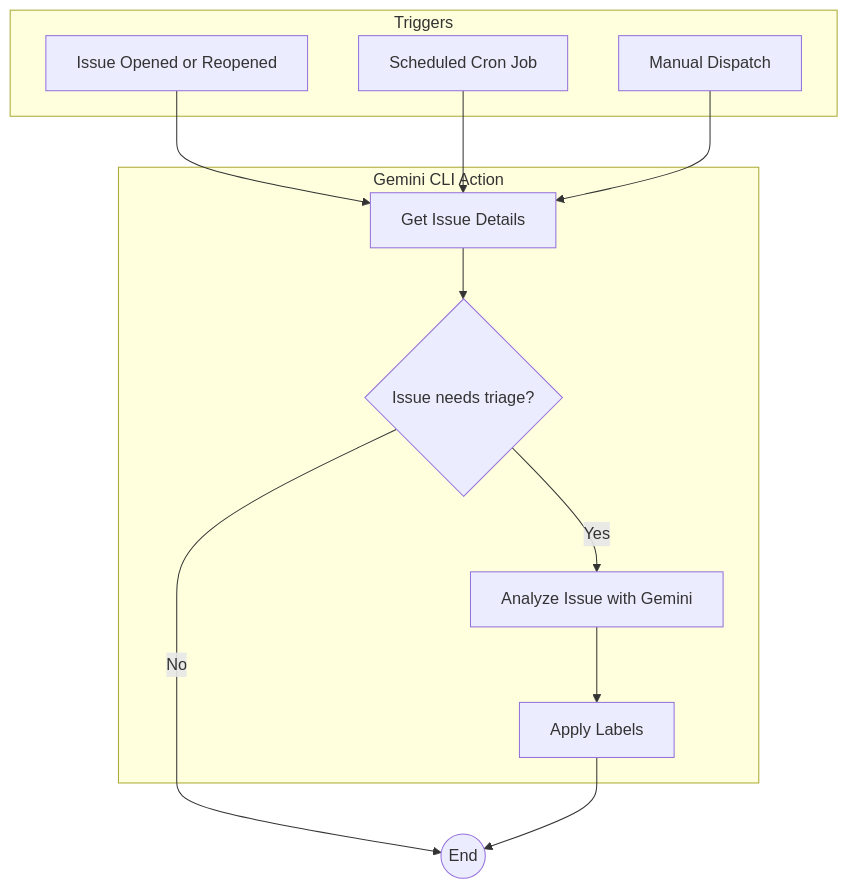
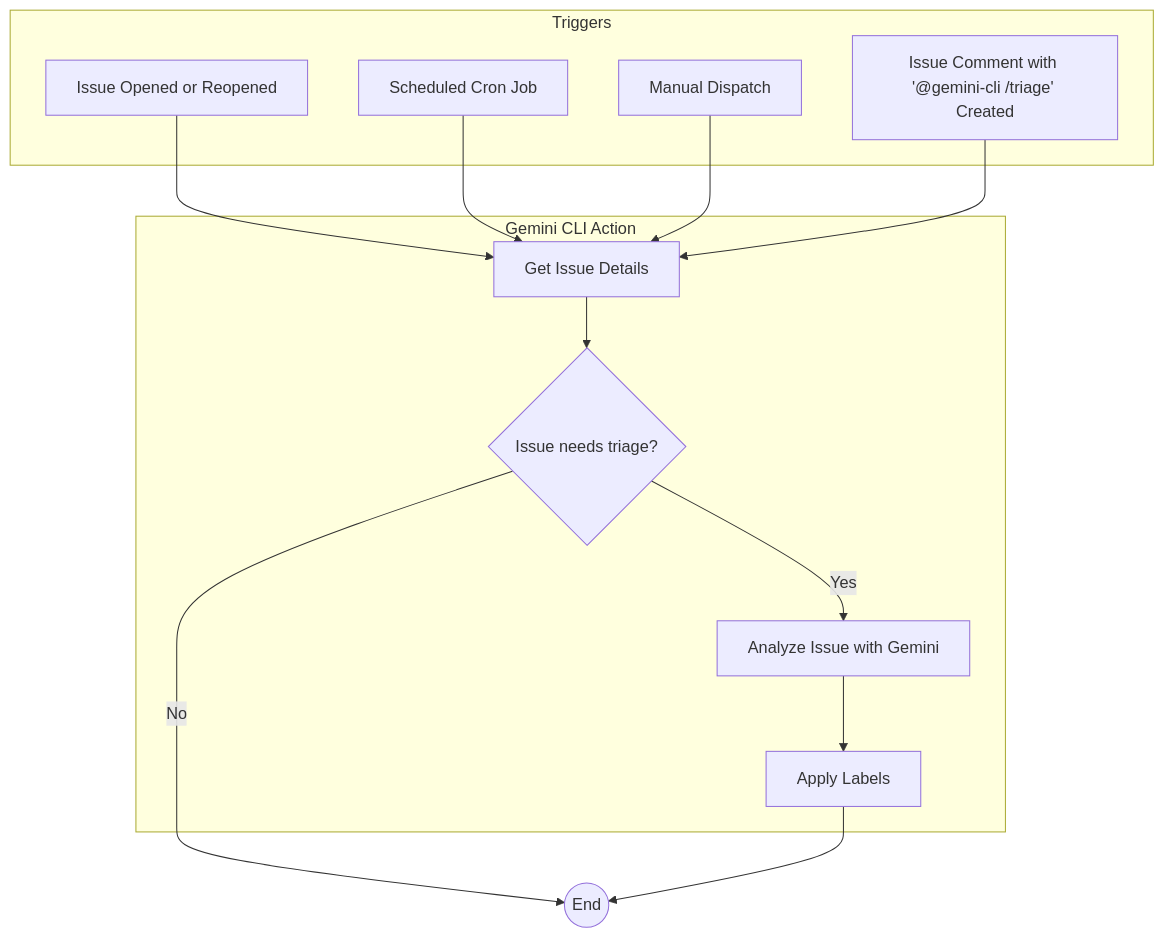
One commit to google-gemini/gemini-cli-action changed the diagram in docs/issue-triage.md. Above: the diagram before and after it, drawn with Mermaid. The commit also changed other lines of this file and 2 other files, not shown here.

Commit message:
support issue_comment, label and workflow_dispatch triggers for issue triage
This commit adds supports for all needed triggers for issue triage workflows.

````diff
--- a/docs/issue-triage.md
+++ b/docs/issue-triage.md
@@ -7,24 +7,26 @@
 ```mermaid
 graph TD
     subgraph "Triggers"
         A[Issue Opened or Reopened]
         B[Scheduled Cron Job]
         C[Manual Dispatch]
+        D[Issue Comment with '@gemini-cli /triage' Created]
     end
 
     subgraph "Gemini CLI Action"
-        D[Get Issue Details]
-        E{Issue needs triage?}
-        F[Analyze Issue with Gemini]
-        G[Apply Labels]
+        E[Get Issue Details]
+        F{Issue needs triage?}
+        G[Analyze Issue with Gemini]
+        H[Apply Labels]
     end
 
-    A --> D
-    B --> D
-    C --> D
+    A --> E
+    B --> E
+    C --> E
     D --> E
-    E -- Yes --> F
-    F --> G
-    E -- No --> J((End))
-    G --> J
+    E --> F
+    F -- Yes --> G
+    G --> H
+    F -- No --> J((End))
+    H --> J
 ```
````
